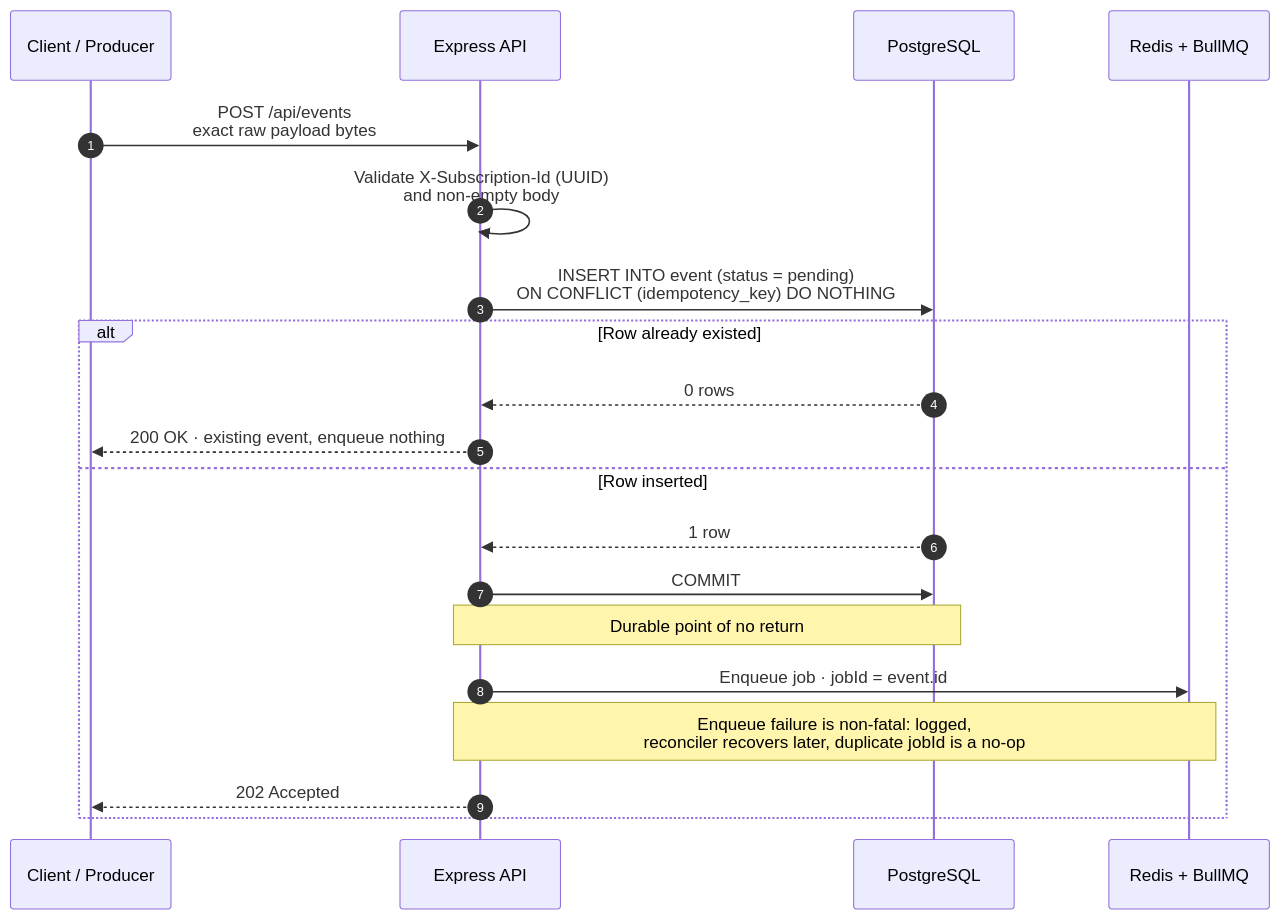
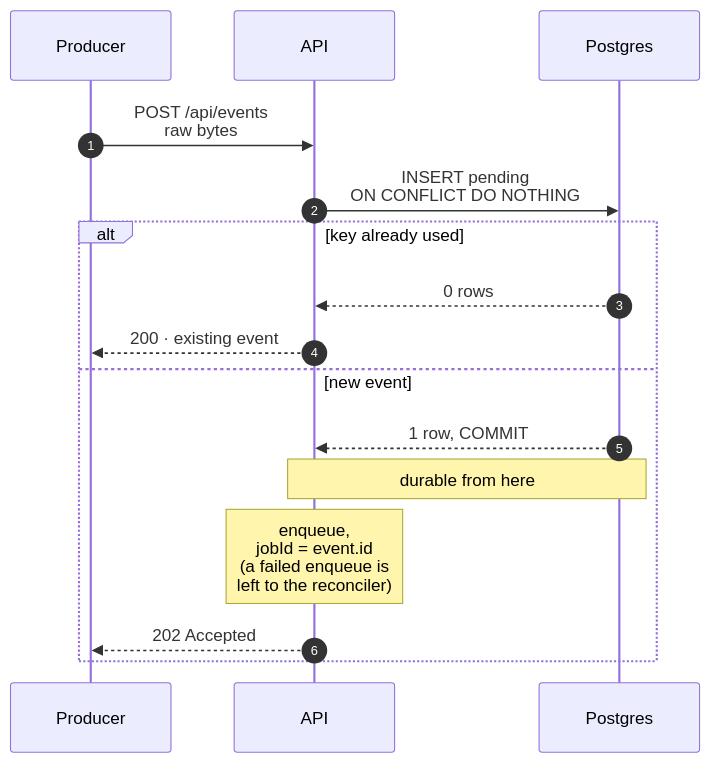
Before and after one commit to rishabh0111/rishabh0111.github.io: the third of 6 diagrams in _posts/blogs/2026-09-08-webhook-delivery-engine.md, drawn with Mermaid. The commit also changed other lines of this file, not shown here.

First line of the commit message:
blog(webhook-delivery-engine): phone-sized diagrams

````diff
--- a/_posts/blogs/2026-09-08-webhook-delivery-engine.md
+++ b/_posts/blogs/2026-09-08-webhook-delivery-engine.md
@@ -174,22 +171,18 @@
 ```mermaid
 sequenceDiagram
     autonumber
-    participant P as Client / Producer
-    participant A as Express API
-    participant DB as PostgreSQL
-    participant Q as Redis + BullMQ
-    P->>A: POST /api/events<br/>exact raw payload bytes
-    A->>A: Validate X-Subscription-Id (UUID)<br/>and non-empty body
-    A->>DB: INSERT INTO event (status = pending)<br/>ON CONFLICT (idempotency_key) DO NOTHING
-    alt Row already existed
+    participant P as Producer
+    participant A as API
+    participant DB as Postgres
+    P->>A: POST /api/events<br/>raw bytes
+    A->>DB: INSERT pending<br/>ON CONFLICT DO NOTHING
+    alt key already used
         DB-->>A: 0 rows
-        A-->>P: 200 OK · existing event, enqueue nothing
-    else Row inserted
-        DB-->>A: 1 row
-        A->>DB: COMMIT
-        Note over A,DB: Durable point of no return
-        A->>Q: Enqueue job · jobId = event.id
-        Note over A,Q: Enqueue failure is non-fatal: logged,<br/>reconciler recovers later, duplicate jobId is a no-op
+        A-->>P: 200 · existing event
+    else new event
+        DB-->>A: 1 row, COMMIT
+        Note over A,DB: durable from here
+        Note over A: enqueue,<br/>jobId = event.id<br/>(a failed enqueue is<br/>left to the reconciler)
         A-->>P: 202 Accepted
     end
 ```
````
